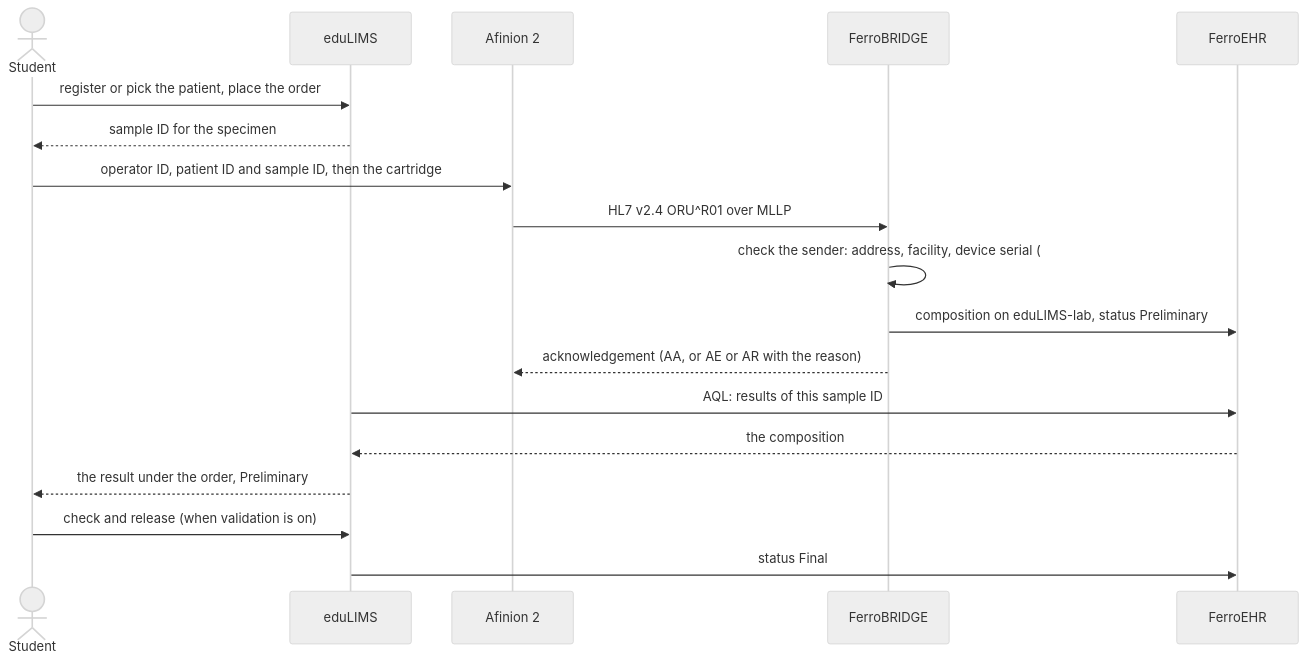
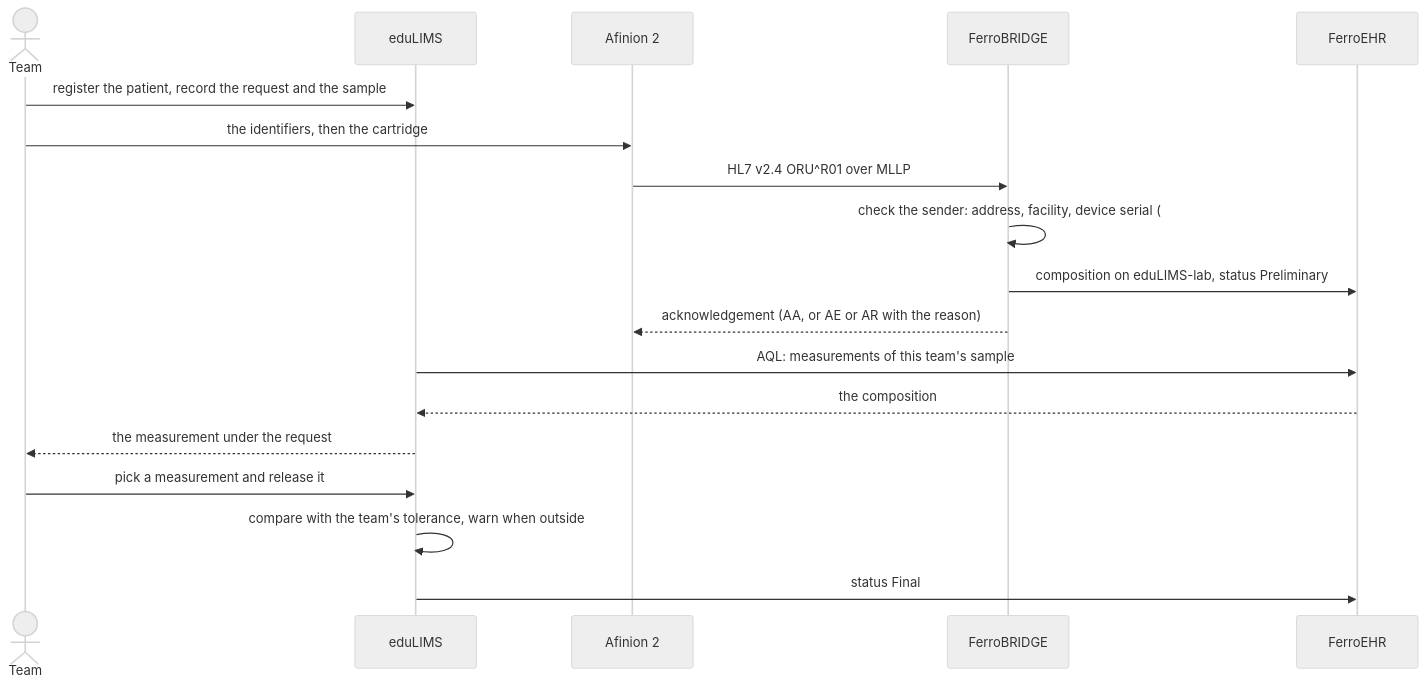
One commit to Vernum-Projecten/eduLIMS changed the third of 5 diagrams in docs/lims-workflow.md. Above: the diagram before and after it, drawn with Mermaid (neutral theme). The commit also changed other lines of this file and 64 other files, not shown here.

````diff
--- a/docs/lims-workflow.md
+++ b/docs/lims-workflow.md
@@ -96,21 +90,21 @@
 ```mermaid
 sequenceDiagram
-    actor S as Student
+    actor T as Team
     participant E as eduLIMS
     participant A as Afinion 2
     participant B as FerroBRIDGE
     participant F as FerroEHR
 
-    S->>E: register or pick the patient, place the order
-    E-->>S: sample ID for the specimen
-    S->>A: operator ID, patient ID and sample ID, then the cartridge
+    T->>E: register the patient, record the request and the sample
+    T->>A: the identifiers, then the cartridge
     A->>B: HL7 v2.4 ORU^R01 over MLLP
     B->>B: check the sender: address, facility, device serial (#210)
     B->>F: composition on eduLIMS-lab, status Preliminary
     B-->>A: acknowledgement (AA, or AE or AR with the reason)
-    E->>F: AQL: results of this sample ID
+    E->>F: AQL: measurements of this team's sample
     F-->>E: the composition
-    E-->>S: the result under the order, Preliminary
-    S->>E: check and release (when validation is on)
+    E-->>T: the measurement under the request
+    T->>E: pick a measurement and release it
+    E->>E: compare with the team's tolerance, warn when outside
     E->>F: status Final
 ```
````
